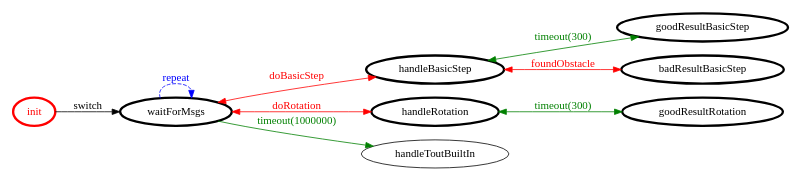
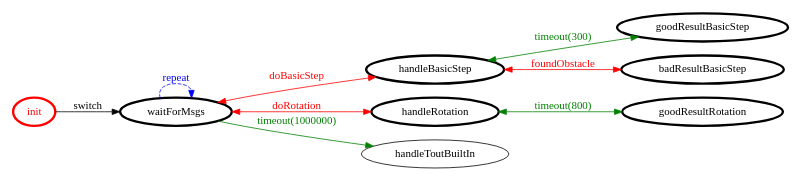
Before and after one commit to LucaBonfi95/ISSM_Tema_Finale_2018: the diagram in src/sprint7/impl/it.unibo.finaltask2018.impl/srcMore/it/unibo/robot_basic_movements/robot_basic_movements.gv, drawn with Graphviz. The commit also changed 41 other files, not shown here.

```diff
--- a/src/sprint7/impl/it.unibo.finaltask2018.impl/srcMore/it/unibo/robot_basic_movements/robot_basic_movements.gv
+++ b/src/sprint7/impl/it.unibo.finaltask2018.impl/srcMore/it/unibo/robot_basic_movements/robot_basic_movements.gv
@@ -1,28 +1,28 @@
 /*
 *
 * A GraphViz DOT FSM description 
 * Please use a GraphViz visualizer (like http://www.webgraphviz.com)
 *  
 */
 
 digraph finite_state_machine {
 	rankdir=LR
 	size="8,5"
 	
 	init [ color = red ][ fontcolor = red ][ penwidth = 3 ]
 	waitForMsgs [ color = black ][ fontcolor = black ][ penwidth = 3 ]
 	goodResultBasicStep [ color = black ][ fontcolor = black ][ penwidth = 3 ]
 	goodResultRotation [ color = black ][ fontcolor = black ][ penwidth = 3 ]
 	badResultBasicStep [ color = black ][ fontcolor = black ][ penwidth = 3 ]
 	handleBasicStep [ color = black ][ fontcolor = black ][ penwidth = 3 ]
 	handleRotation [ color = black ][ fontcolor = black ][ penwidth = 3 ]
 	
-	handleRotation -> goodResultRotation [ label = "timeout(300)" ][ color = green ][ fontcolor = green ][ dir = both ]
+	handleRotation -> goodResultRotation [ label = "timeout(800)" ][ color = green ][ fontcolor = green ][ dir = both ]
 	init -> waitForMsgs [ label = "switch" ][ color = black ][ fontcolor = black ]
 	waitForMsgs -> handleToutBuiltIn [ label = "timeout(1000000)" ][ color = green ][ fontcolor = green ]
 	handleBasicStep -> goodResultBasicStep [ label = "timeout(300)" ][ color = green ][ fontcolor = green ][ dir = both ]
 	waitForMsgs -> handleRotation [ label = "doRotation" ][ color = red ][ fontcolor = red ][ dir = both ]
 	handleBasicStep -> badResultBasicStep [ label = "foundObstacle" ][ color = red ][ fontcolor = red ][ dir = both ]
 	waitForMsgs -> handleBasicStep [ label = "doBasicStep" ][ color = red ][ fontcolor = red ][ dir = both ]
 	waitForMsgs -> waitForMsgs [ label = "repeat "][ style = dashed ][ color = blue ][ fontcolor = blue ]
 }
```
